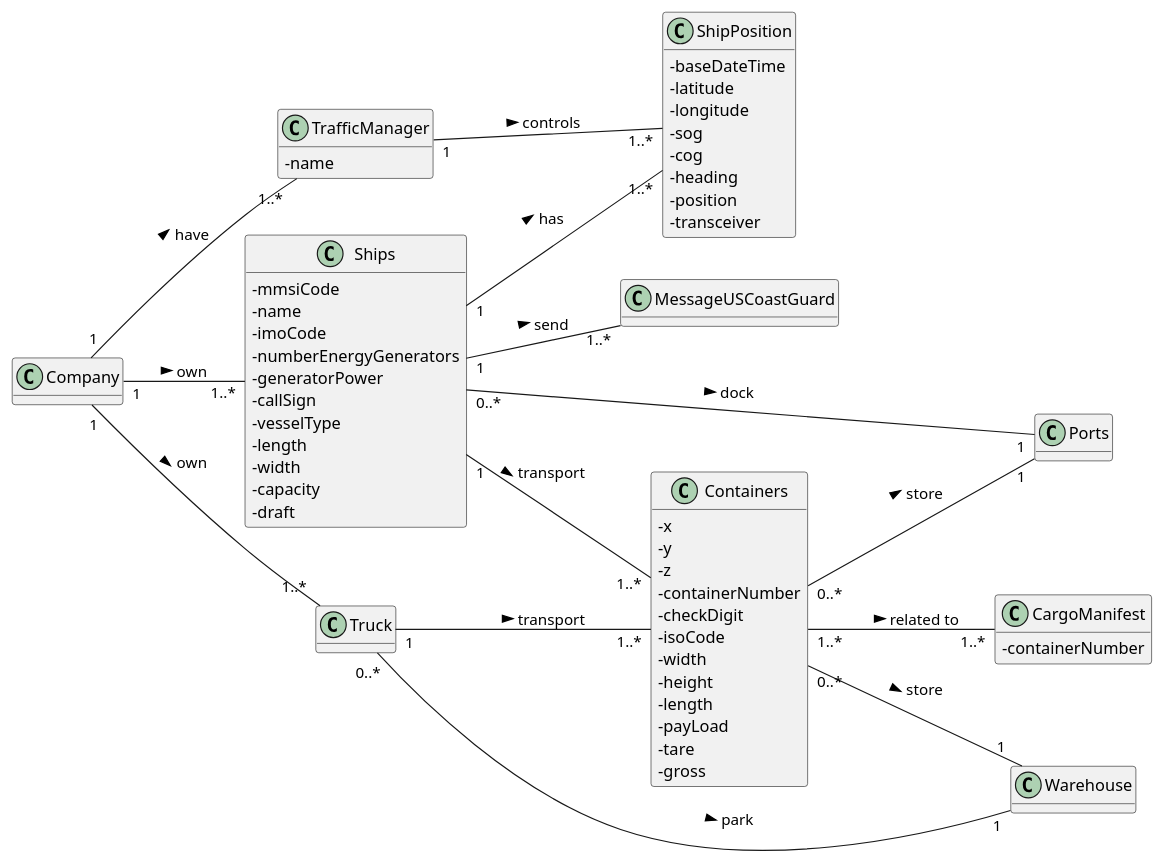
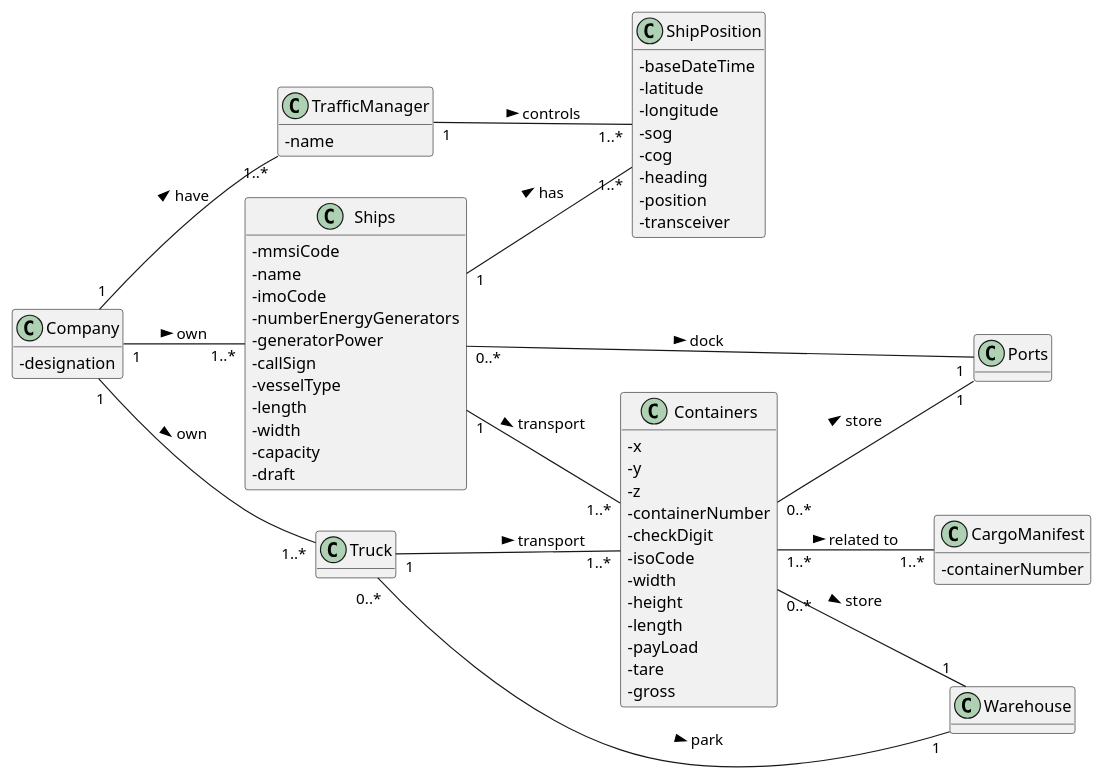
Before and after one commit to 0franciscor/lapr3-2021-g042: the diagram in docs/DM.puml, drawn with PlantUML. The commit also changed 6 other files, not shown here.

```diff
--- a/docs/DM.puml
+++ b/docs/DM.puml
@@ -1,97 +1,92 @@
 @startuml
 'https://plantuml.com/class-diagram
 
 hide methods
 left to right direction
 skinparam classAttributeIconSize 0
 
 class Company {
-
+-designation
 }
 
 class TrafficManager {
 -name
 }
 
 class Containers {
 -x
 -y
 -z
 -containerNumber
 -checkDigit
 -isoCode
 -width
 -height
 -length
 -payLoad
 -tare
 -gross
 }
 
 class CargoManifest {
 -containerNumber
 }
 
 class Ships {
 -mmsiCode
 -name
 -imoCode
 -numberEnergyGenerators
 -generatorPower
 -callSign
 -vesselType
 -length
 -width
 -capacity
 -draft
 }
 
 class Ports {
 
 }
 
-class MessageUSCoastGuard {
-
-}
-
 class Truck {
 
 }
 
 class Warehouse {
 
 }
 
 class ShipPosition {
 -baseDateTime
 -latitude
 -longitude
 -sog
 -cog
 -heading
 -position
 -transceiver
 }
 
 Company "1"--"1..*" Ships: own >
 Company "1"--"1..*" TrafficManager: have >
 Company "1"--"1..*" Truck: own >
 
 Containers "1..*"--"1..*" CargoManifest: related to >
 Containers "0..*"--"1" Ports: store >
 Containers "0..*"--"1" Warehouse: store >
 
 Ships "1"--"1..*" Containers : transport >
-Ships "1"--"1..*" MessageUSCoastGuard: send >
 Ships "0..*"--"1" Ports: dock >
 Ships "1" -- "1..*" ShipPosition : has >
 
 TrafficManager "1" -- "1..*" ShipPosition : controls >
 Truck "1"--"1..*" Containers : transport >
 Truck "0..*"--"1" Warehouse: park >
 
 
 
 
 
 @enduml
```
